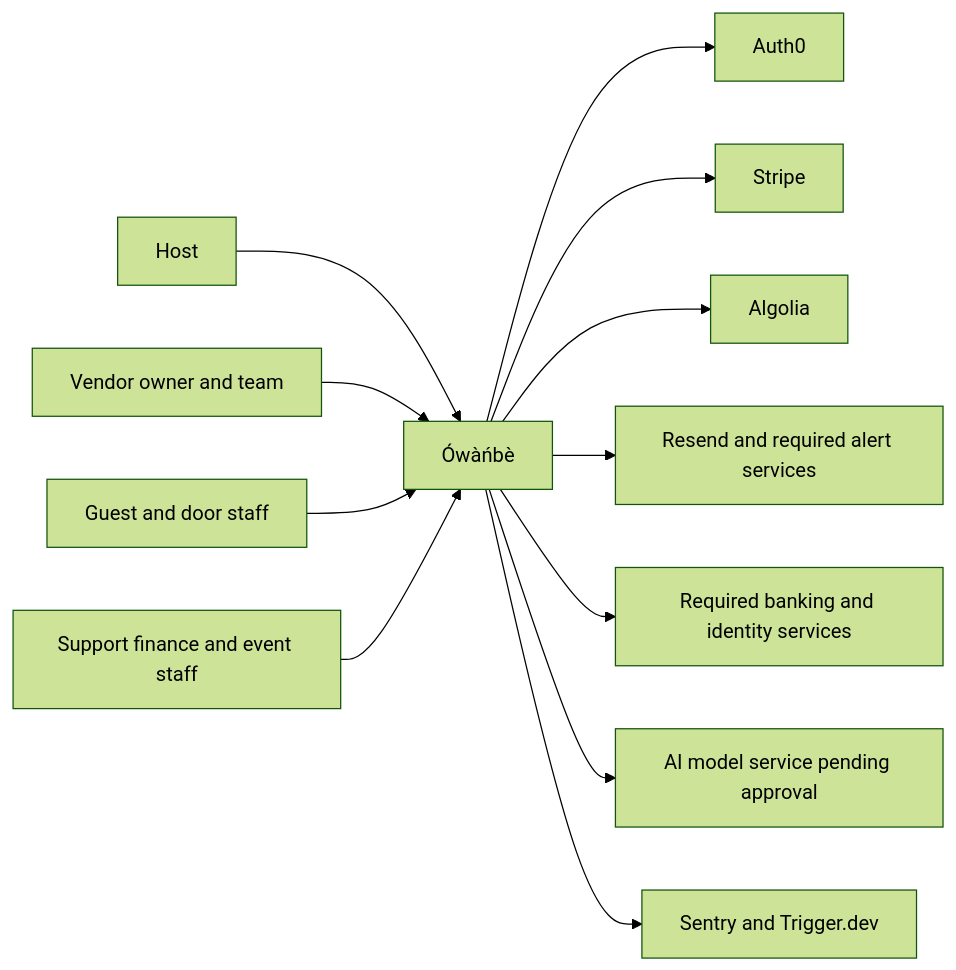
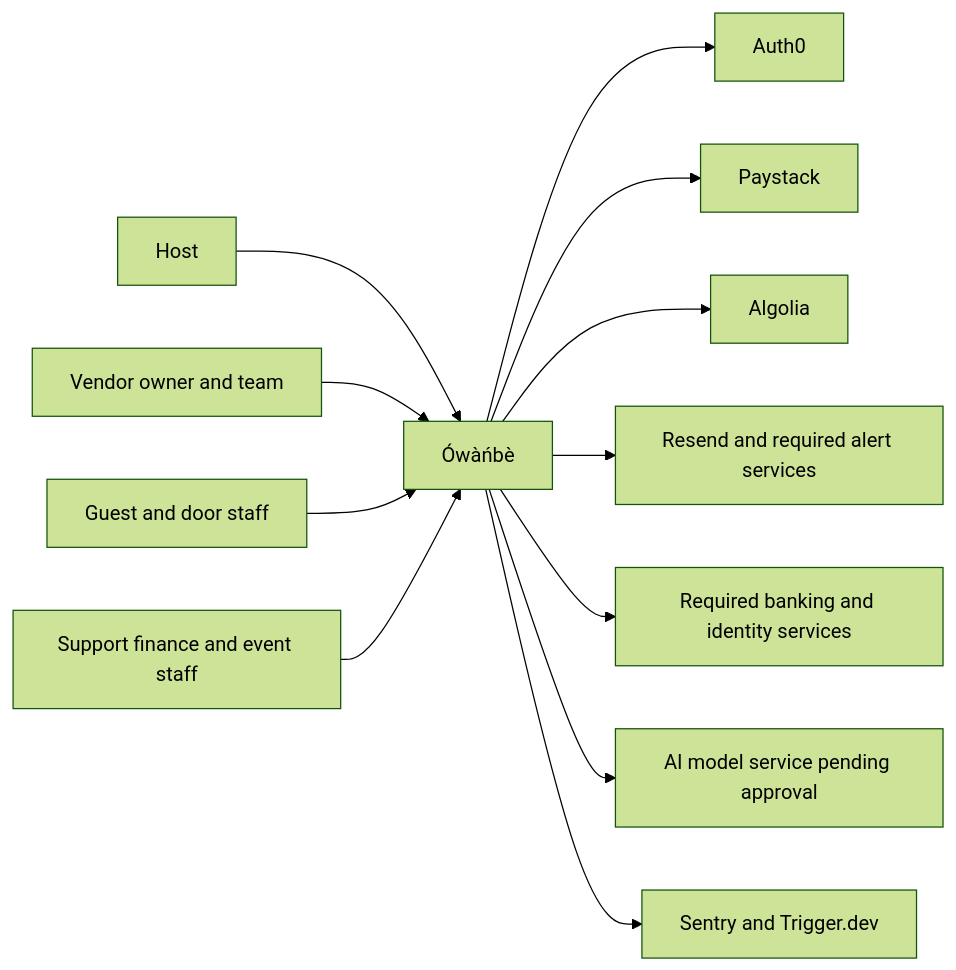
Before and after one commit to TheLionKing7/Owanbe: the first of 4 diagrams in blueprint/architecture.md, drawn with Mermaid (forest theme). The commit also changed other lines of this file and 15 other files, not shown here.

````diff
--- a/blueprint/architecture.md
+++ b/blueprint/architecture.md
@@ -21,26 +21,26 @@
 ```mermaid
 flowchart LR
 Host["Host"]
 Vendor["Vendor owner and team"]
 Guest["Guest and door staff"]
 Staff["Support finance and event staff"]
 Product["Ówàńbè"]
 Identity["Auth0"]
-Payment["Stripe"]
+Payment["Paystack"]
 Discovery["Algolia"]
 Messaging["Resend and required alert services"]
 Required["Required banking and identity services"]
 Model["AI model service pending approval"]
 Operations["Sentry and Trigger.dev"]
 Host --> Product
 Vendor --> Product
 Guest --> Product
 Staff --> Product
 Product --> Identity
 Product --> Payment
 Product --> Discovery
 Product --> Messaging
 Product --> Required
 Product --> Model
 Product --> Operations
 ```
````
